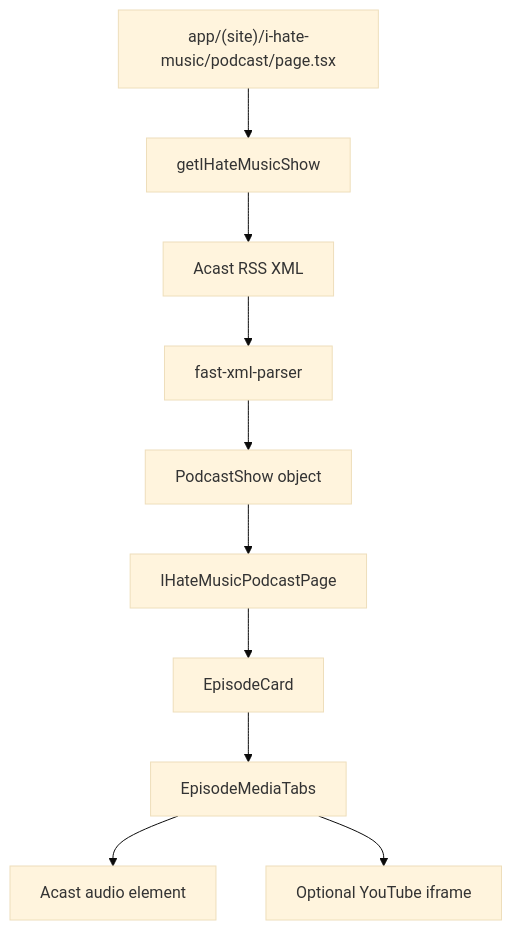
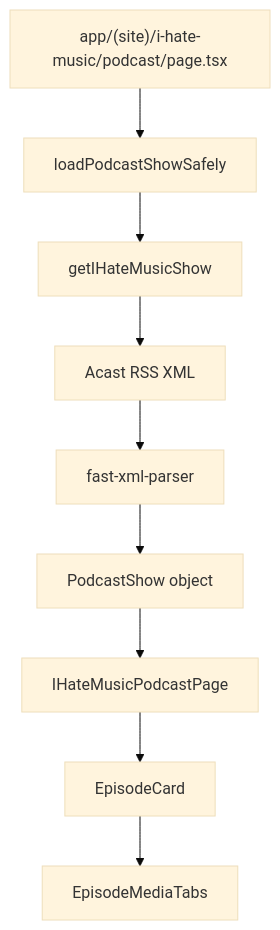
The tenth of 12 diagrams in PROJECT_LEARNING_FLOW.md (bucketb0t/Earth_In_Sound), drawn with Mermaid (base theme) before and after one commit. The commit also changed other lines of this file, not shown here.

````diff
--- a/PROJECT_LEARNING_FLOW.md
+++ b/PROJECT_LEARNING_FLOW.md
@@ -246,12 +3914,11 @@
 ```mermaid
 flowchart TD
-  PodcastRoute["app/(site)/i-hate-music/podcast/page.tsx"] --> Acast["getIHateMusicShow"]
-  Acast --> RSS["Acast RSS XML"]
-  RSS --> Parser["fast-xml-parser"]
-  Parser --> Show["PodcastShow object"]
-  Show --> PodcastPage["IHateMusicPodcastPage"]
-  PodcastPage --> EpisodeCard["EpisodeCard"]
+  Route["app/(site)/i-hate-music/podcast/page.tsx"] --> Loader["loadPodcastShowSafely"]
+  Loader --> GetShow["getIHateMusicShow"]
+  GetShow --> AcastRSS["Acast RSS XML"]
+  AcastRSS --> XMLParser["fast-xml-parser"]
+  XMLParser --> PodcastShow["PodcastShow object"]
+  PodcastShow --> Page["IHateMusicPodcastPage"]
+  Page --> EpisodeCard["EpisodeCard"]
   EpisodeCard --> MediaTabs["EpisodeMediaTabs"]
-  MediaTabs --> Audio["Acast audio element"]
-  MediaTabs --> YouTube["Optional YouTube iframe"]
 ```
````
